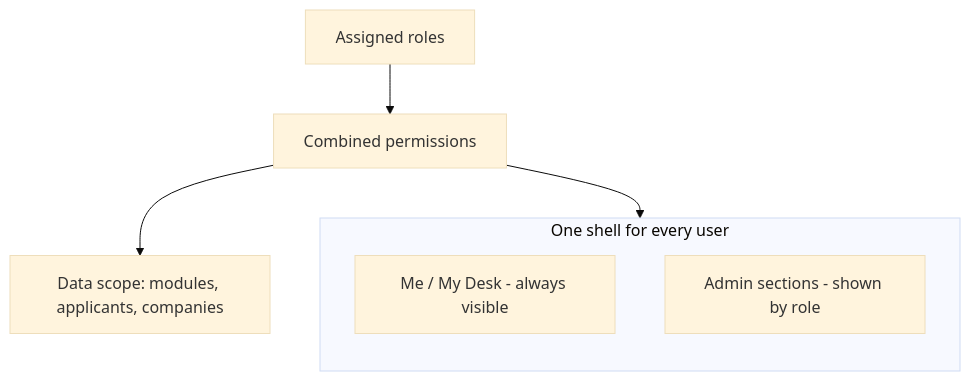
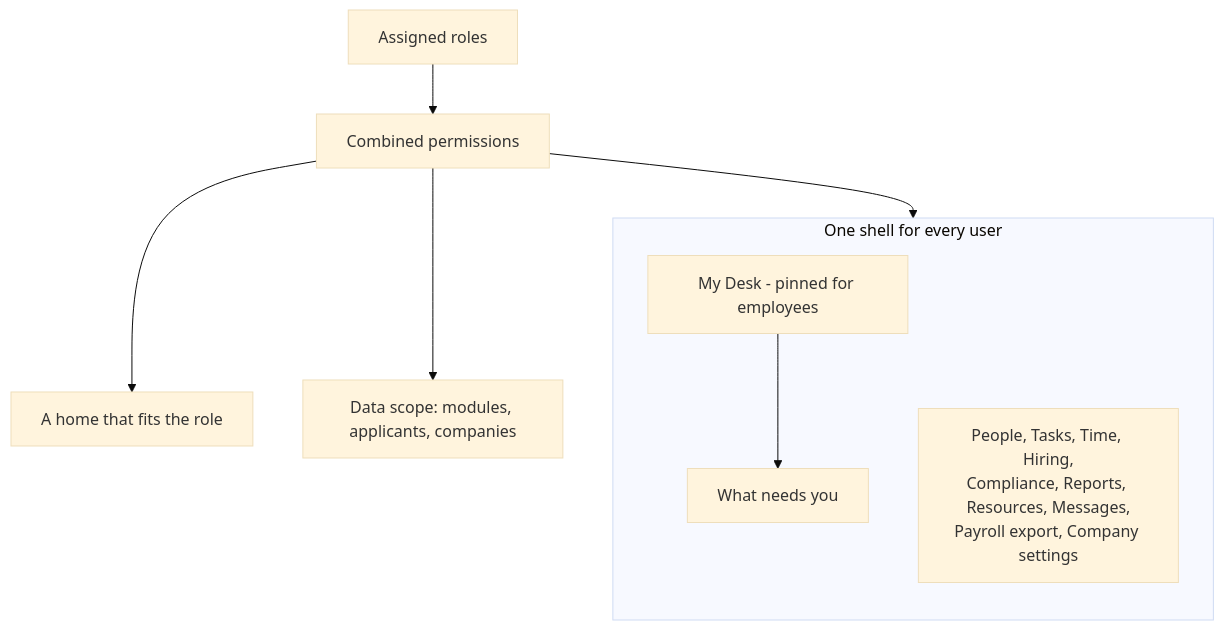
Before and after one commit to staceykay67/scalemaker-hris-showcase: the second of 8 diagrams in README.md, drawn with Mermaid (base theme). The commit also changed other lines of this file, not shown here.

````diff
--- a/README.md
+++ b/README.md
@@ -89,11 +133,14 @@
 ```mermaid
 flowchart TB
     subgraph ShellG["One shell for every user"]
         direction TB
-        Me["Me / My Desk - always visible"]
-        Admin["Admin sections - shown by role"]
+        Desk["My Desk - pinned for employees"]
+        Needs["What needs you"]
+        Work["People, Tasks, Time, Hiring,<br/>Compliance, Reports, Resources, Messages,<br/>Payroll export, Company settings"]
     end
+    Desk --> Needs
     Roles["Assigned roles"] --> Perms["Combined permissions"]
-    Perms --> Admin
+    Perms --> Home["A home that fits the role"]
+    Perms --> Work
     Perms --> Scope["Data scope: modules, applicants, companies"]
 ```
````
